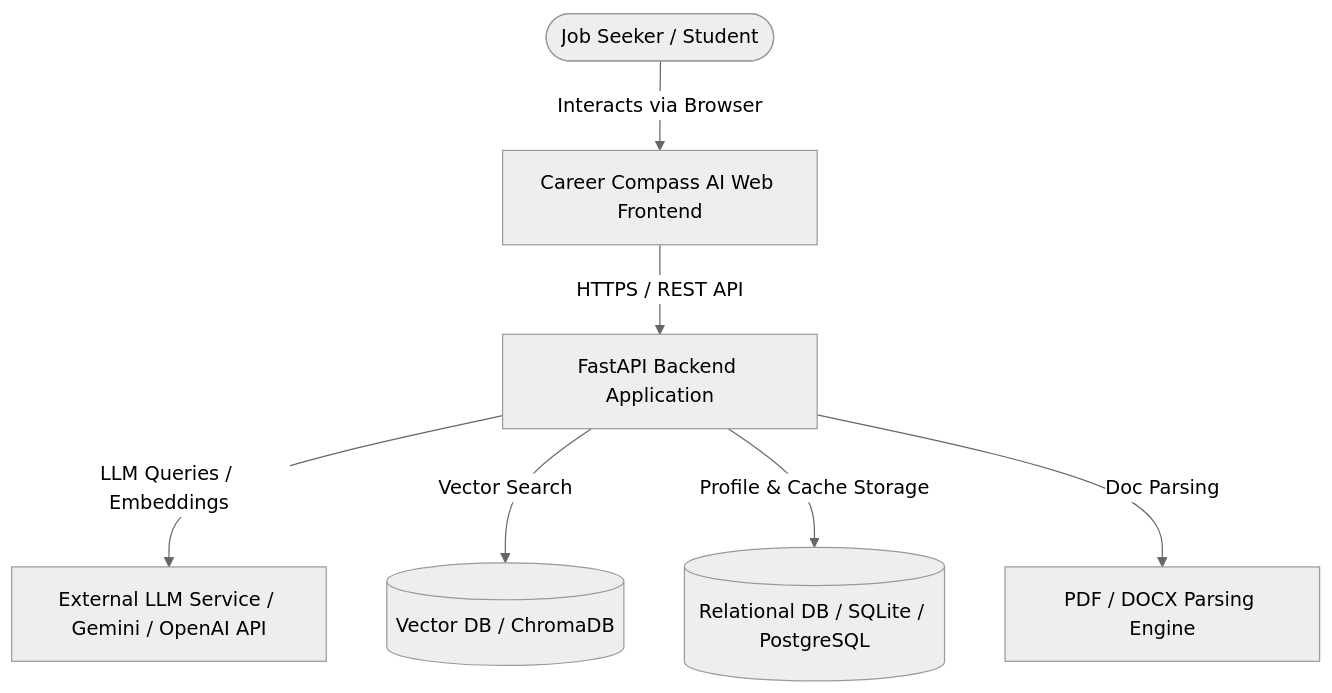
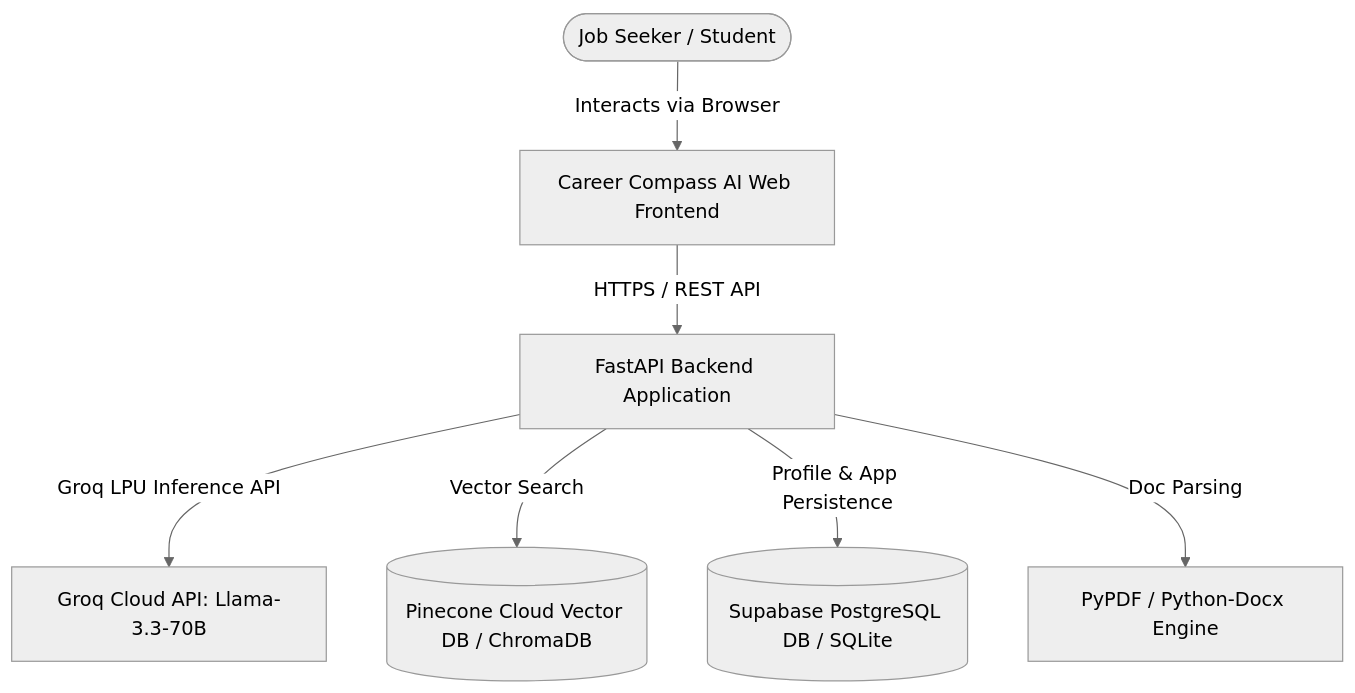
The first of 8 diagrams in docs/SAD.md (Suhira30/career-compass-ai), drawn with Mermaid (neutral theme) before and after one commit. The commit also changed other lines of this file and 15 other files, not shown here.

Commit message:
feat(api): add user profile REST endpoints for POST and GET profile

````diff
--- a/docs/SAD.md
+++ b/docs/SAD.md
@@ -31,10 +31,10 @@
 ```mermaid
 graph TD
     User([Job Seeker / Student]) -->|Interacts via Browser| WebUI[Career Compass AI Web Frontend]
     WebUI -->|HTTPS / REST API| Backend[FastAPI Backend Application]
 
-    Backend -->|LLM Queries / Embeddings| LLMService[External LLM Service / Gemini / OpenAI API]
-    Backend -->|Vector Search| VectorDB[(Vector DB / ChromaDB)]
-    Backend -->|Profile & Cache Storage| RelationalDB[(Relational DB / SQLite / PostgreSQL)]
-    Backend -->|Doc Parsing| ParserLib[PDF / DOCX Parsing Engine]
+    Backend -->|Groq LPU Inference API| GroqLLM[Groq Cloud API: Llama-3.3-70B]
+    Backend -->|Vector Search| PineconeDB[(Pinecone Cloud Vector DB / ChromaDB)]
+    Backend -->|Profile & App Persistence| SupabaseDB[(Supabase PostgreSQL DB / SQLite)]
+    Backend -->|Doc Parsing| ParserLib[PyPDF / Python-Docx Engine]
 ```
````
